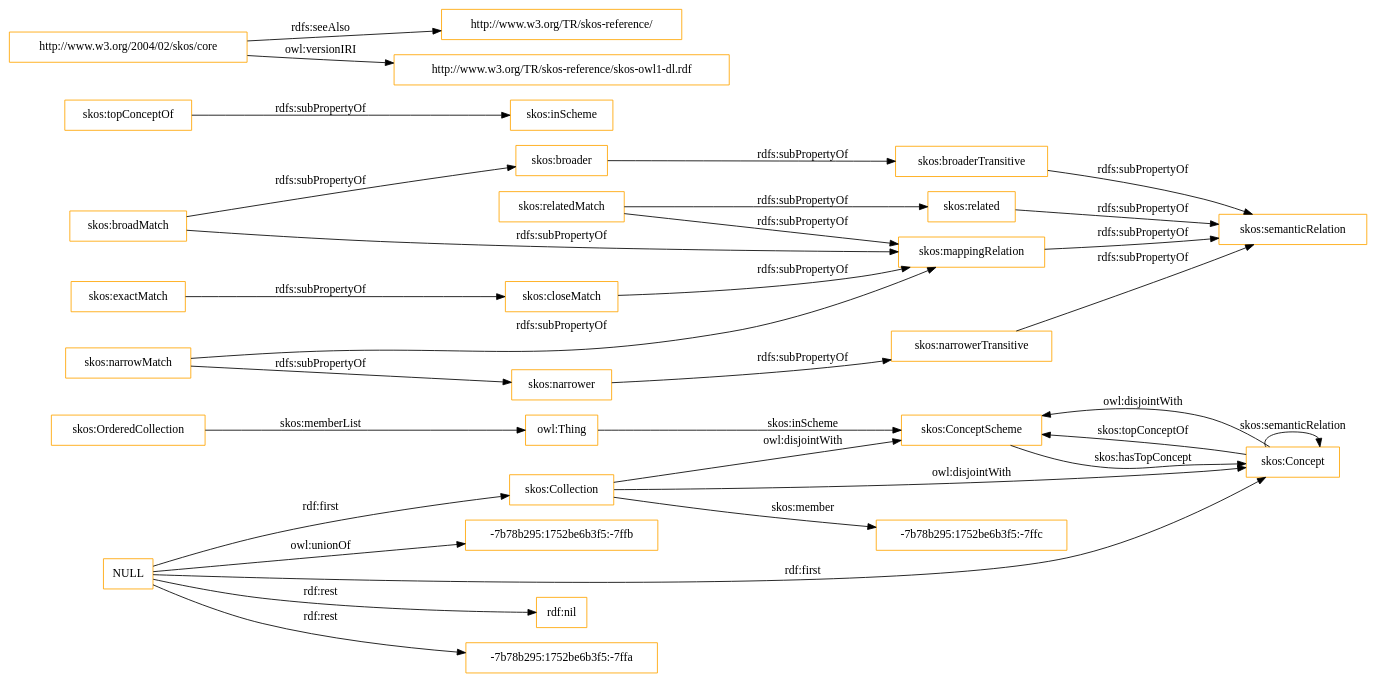
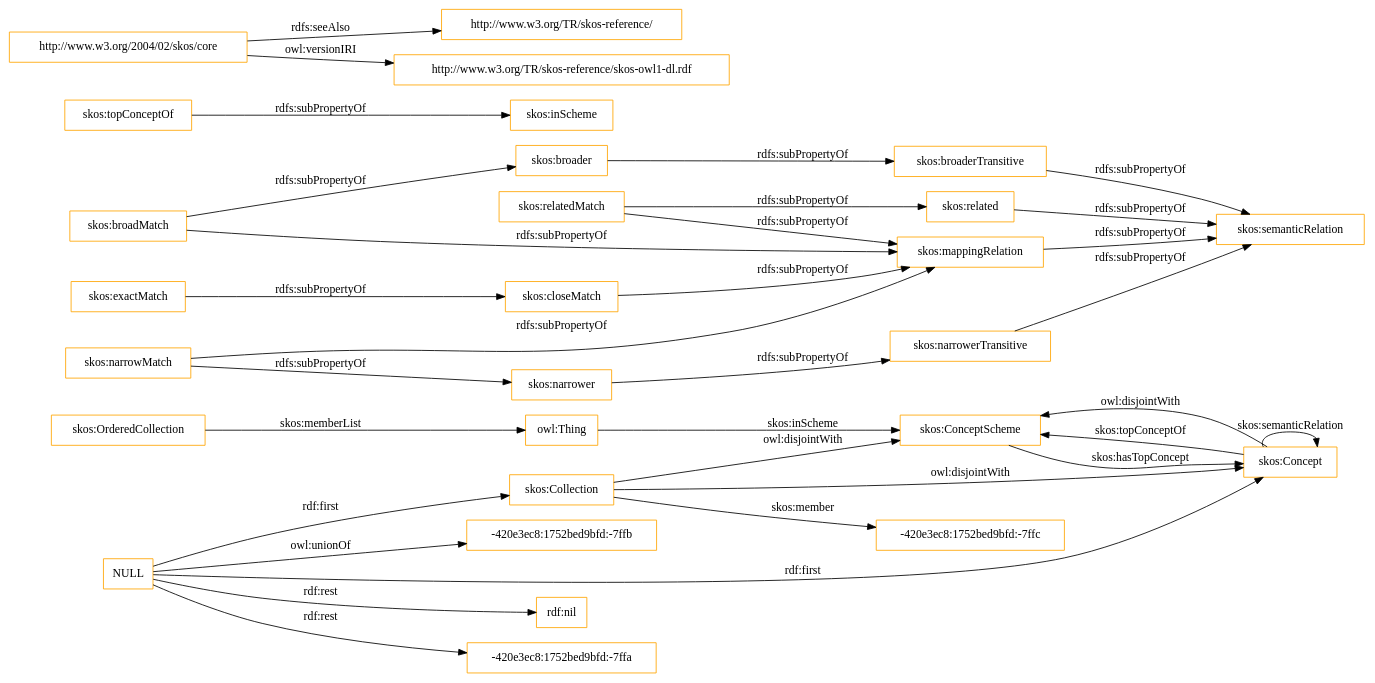
The diagram in OnToology/imports/skos.owl/diagrams/ar2dtool-class/skos.owl.png.dot (OnToologyUser/core-ontology-1), drawn with Graphviz before and after one commit. The commit also changed 14 other files, not shown here.

```diff
--- a/OnToology/imports/skos.owl/diagrams/ar2dtool-class/skos.owl.png.dot
+++ b/OnToology/imports/skos.owl/diagrams/ar2dtool-class/skos.owl.png.dot
@@ -1,37 +1,37 @@
 digraph ar2dtool_diagram { 
 rankdir=LR;
 size="1501"
-node [shape = rectangle, color="orange"]; "skos:OrderedCollection" "skos:ConceptScheme" "skos:Concept" "skos:Collection" "-7b78b295:1752be6b3f5:-7ffc" ; /*classes style*/
+node [shape = rectangle, color="orange"]; "skos:OrderedCollection" "skos:ConceptScheme" "skos:Concept" "skos:Collection" "-420e3ec8:1752bed9bfd:-7ffc" ; /*classes style*/
 	"skos:narrowerTransitive" -> "skos:semanticRelation" [ label = "rdfs:subPropertyOf" ];
 	"NULL" -> "rdf:nil" [ label = "rdf:rest" ];
 	"NULL" -> "skos:Concept" [ label = "rdf:first" ];
-	"NULL" -> "-7b78b295:1752be6b3f5:-7ffa" [ label = "rdf:rest" ];
+	"NULL" -> "-420e3ec8:1752bed9bfd:-7ffa" [ label = "rdf:rest" ];
 	"NULL" -> "skos:Collection" [ label = "rdf:first" ];
-	"NULL" -> "-7b78b295:1752be6b3f5:-7ffb" [ label = "owl:unionOf" ];
+	"NULL" -> "-420e3ec8:1752bed9bfd:-7ffb" [ label = "owl:unionOf" ];
 	"skos:closeMatch" -> "skos:mappingRelation" [ label = "rdfs:subPropertyOf" ];
 	"skos:Concept" -> "skos:ConceptScheme" [ label = "owl:disjointWith" ];
 	"skos:relatedMatch" -> "skos:related" [ label = "rdfs:subPropertyOf" ];
 	"skos:relatedMatch" -> "skos:mappingRelation" [ label = "rdfs:subPropertyOf" ];
 	"skos:related" -> "skos:semanticRelation" [ label = "rdfs:subPropertyOf" ];
 	"skos:topConceptOf" -> "skos:inScheme" [ label = "rdfs:subPropertyOf" ];
 	"skos:broadMatch" -> "skos:mappingRelation" [ label = "rdfs:subPropertyOf" ];
 	"skos:broadMatch" -> "skos:broader" [ label = "rdfs:subPropertyOf" ];
 	"skos:exactMatch" -> "skos:closeMatch" [ label = "rdfs:subPropertyOf" ];
 	"skos:broaderTransitive" -> "skos:semanticRelation" [ label = "rdfs:subPropertyOf" ];
 	"skos:broader" -> "skos:broaderTransitive" [ label = "rdfs:subPropertyOf" ];
 	"skos:mappingRelation" -> "skos:semanticRelation" [ label = "rdfs:subPropertyOf" ];
 	"http://www.w3.org/2004/02/skos/core" -> "http://www.w3.org/TR/skos-reference/" [ label = "rdfs:seeAlso" ];
 	"http://www.w3.org/2004/02/skos/core" -> "http://www.w3.org/TR/skos-reference/skos-owl1-dl.rdf" [ label = "owl:versionIRI" ];
 	"skos:Collection" -> "skos:ConceptScheme" [ label = "owl:disjointWith" ];
 	"skos:Collection" -> "skos:Concept" [ label = "owl:disjointWith" ];
 	"skos:narrower" -> "skos:narrowerTransitive" [ label = "rdfs:subPropertyOf" ];
 	"skos:narrowMatch" -> "skos:narrower" [ label = "rdfs:subPropertyOf" ];
 	"skos:narrowMatch" -> "skos:mappingRelation" [ label = "rdfs:subPropertyOf" ];
 	"skos:OrderedCollection" -> "owl:Thing" [ label = "skos:memberList" ];
 	"skos:Concept" -> "skos:ConceptScheme" [ label = "skos:topConceptOf" ];
 	"skos:Concept" -> "skos:Concept" [ label = "skos:semanticRelation" ];
-	"skos:Collection" -> "-7b78b295:1752be6b3f5:-7ffc" [ label = "skos:member" ];
+	"skos:Collection" -> "-420e3ec8:1752bed9bfd:-7ffc" [ label = "skos:member" ];
 	"skos:ConceptScheme" -> "skos:Concept" [ label = "skos:hasTopConcept" ];
 	"owl:Thing" -> "skos:ConceptScheme" [ label = "skos:inScheme" ];
 
 }
```
